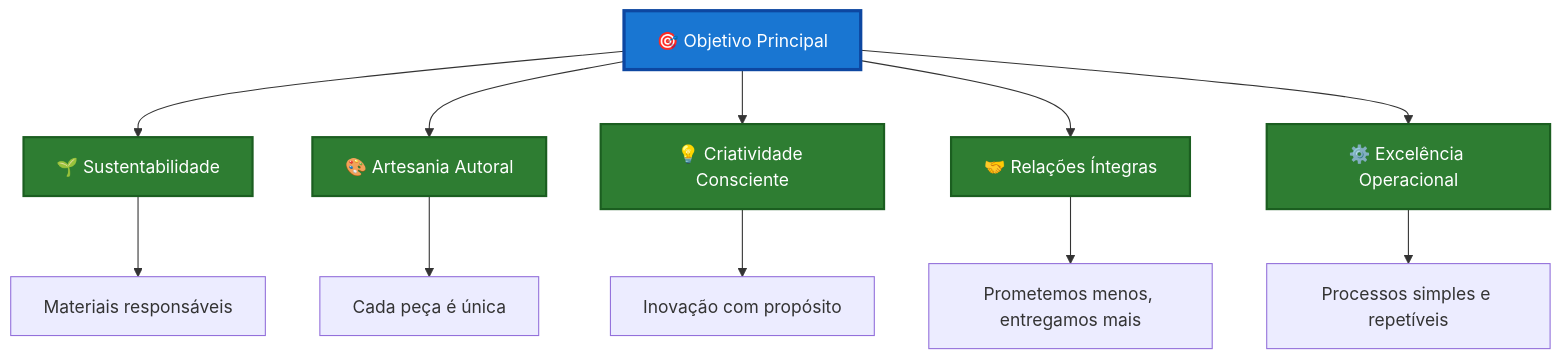
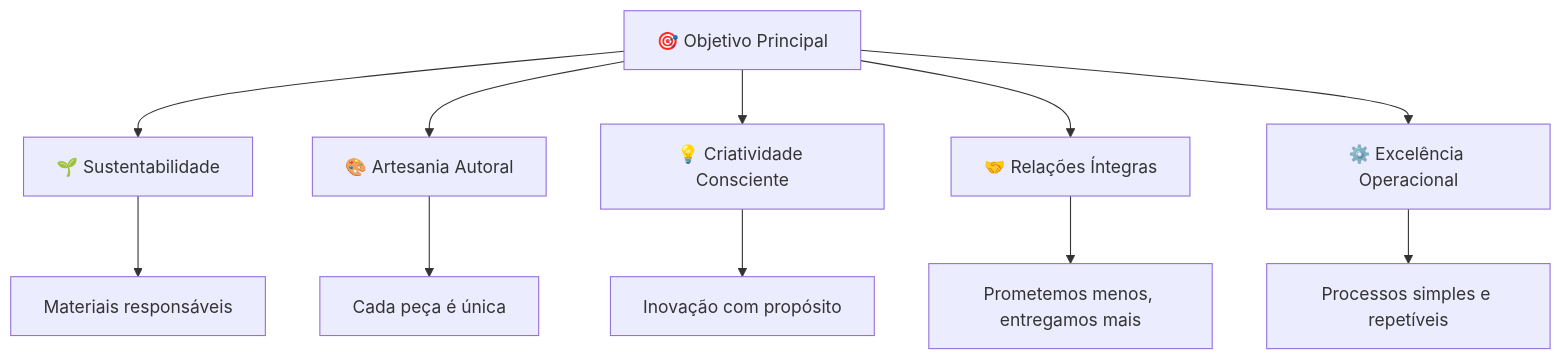
One commit to skatesham/handbook-ser-empreendedor changed the first of 4 diagrams in docs/painel.md. Above: the diagram before and after it, drawn with Mermaid. The commit also changed other lines of this file, not shown here.

Commit message:
feat better diagramas

````diff
--- a/docs/painel.md
+++ b/docs/painel.md
@@ -87,22 +87,15 @@
 ```mermaid
 graph TB
     OBJ[🎯 Objetivo Principal]
     OBJ --> P1[🌱 Sustentabilidade]
     OBJ --> P2[🎨 Artesania Autoral]
     OBJ --> P3[💡 Criatividade Consciente]
     OBJ --> P4[🤝 Relações Íntegras]
     OBJ --> P5[⚙️ Excelência Operacional]
     
     P1 --> D1[Materiais responsáveis]
     P2 --> D2[Cada peça é única]
     P3 --> D3[Inovação com propósito]
     P4 --> D4[Prometemos menos, entregamos mais]
     P5 --> D5[Processos simples e repetíveis]
-    
-    style OBJ fill:#1976d2,stroke:#0d47a1,stroke-width:3px,color:#fff
-    style P1 fill:#2e7d32,stroke:#1b5e20,stroke-width:2px,color:#fff
-    style P2 fill:#2e7d32,stroke:#1b5e20,stroke-width:2px,color:#fff
-    style P3 fill:#2e7d32,stroke:#1b5e20,stroke-width:2px,color:#fff
-    style P4 fill:#2e7d32,stroke:#1b5e20,stroke-width:2px,color:#fff
-    style P5 fill:#2e7d32,stroke:#1b5e20,stroke-width:2px,color:#fff
 ```
````
